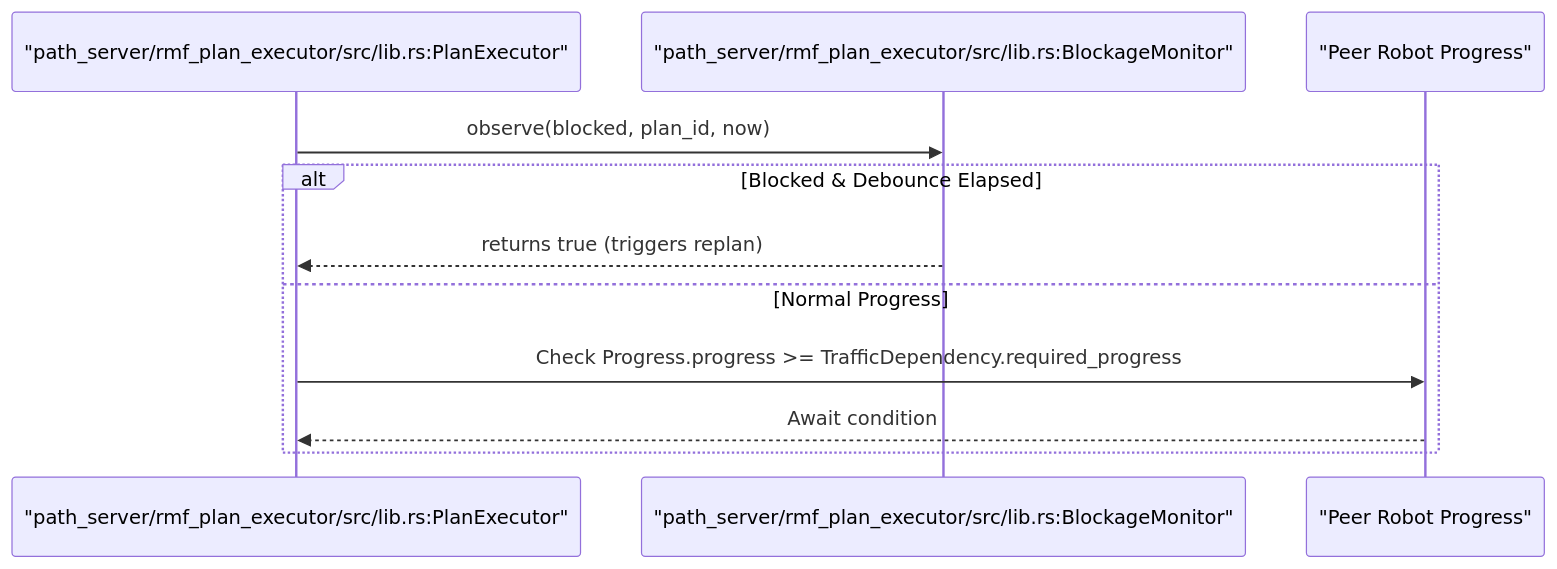
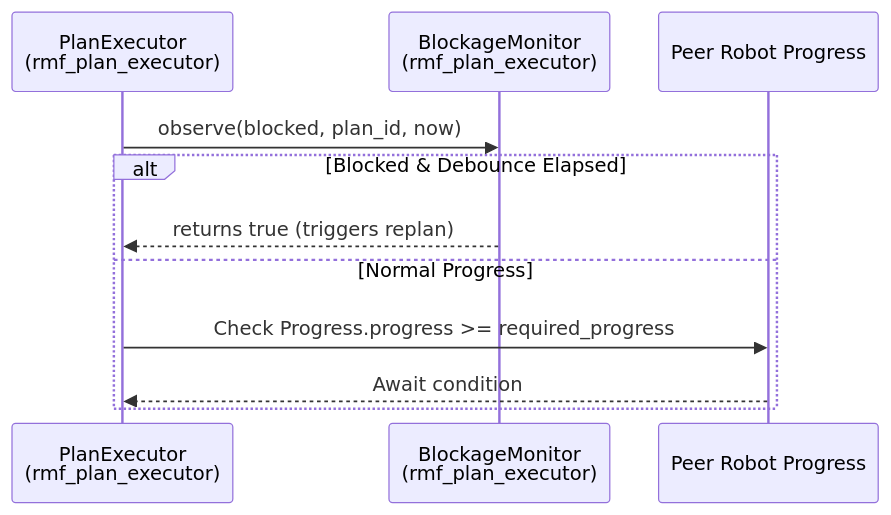
The second of 2 diagrams in 9403fb1/for_developers/architecture/waypoint_lifecycle.md (cardboardcode/ngp_docs), drawn with Mermaid before and after one commit. The commit also changed other lines of this file and 2 other files, not shown here.

Commit message:
:blue_book: Update developer architecture, plan interface, and waypoint lifecycle documentation with full commit links and expanded context

````diff
--- a/9403fb1/for_developers/architecture/waypoint_lifecycle.md
+++ b/9403fb1/for_developers/architecture/waypoint_lifecycle.md
@@ -69,14 +78,15 @@
 ```mermaid
+%%{init: {"sequence": {"boxMargin": 6, "noteMargin": 6, "messageMargin": 26, "actorMargin": 40}, "themeCSS": ".actor, .messageText, .loopText { font-size: 12px !important; }"}}%%
 sequenceDiagram
-    participant PE as "path_server/rmf_plan_executor/src/lib.rs:PlanExecutor"
-    participant BM as "path_server/rmf_plan_executor/src/lib.rs:BlockageMonitor"
-    participant Peer as "Peer Robot Progress"
-    
+    participant PE as PlanExecutor<br/>(rmf_plan_executor)
+    participant BM as BlockageMonitor<br/>(rmf_plan_executor)
+    participant Peer as Peer Robot Progress
+
     PE->>BM: observe(blocked, plan_id, now)
     alt Blocked & Debounce Elapsed
         BM-->>PE: returns true (triggers replan)
     else Normal Progress
-        PE->>Peer: Check Progress.progress >= TrafficDependency.required_progress
+        PE->>Peer: Check Progress.progress >= required_progress
         Peer-->>PE: Await condition
     end
 ```
````
